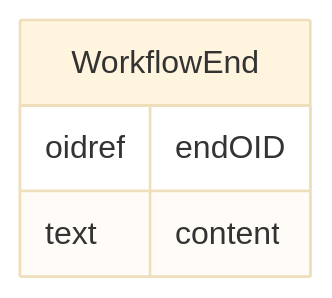
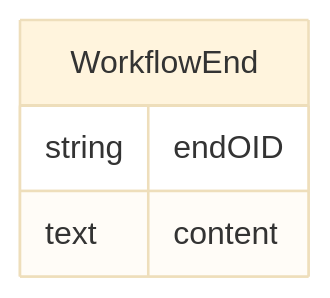
The diagram in docs/WorkflowEnd.md (cdisc-org/DataExchange-ODM-LinkML), drawn with Mermaid (base theme) before and after one commit. The commit also changed other lines of this file and 338 other files, not shown here.

````diff
--- a/docs/WorkflowEnd.md
+++ b/docs/WorkflowEnd.md
@@ -11,10 +11,10 @@
 ```mermaid
 erDiagram
 WorkflowEnd {
-    oidref endOID  
+    string endOID  
     text content  
 }
 
 
 
 ```
````
